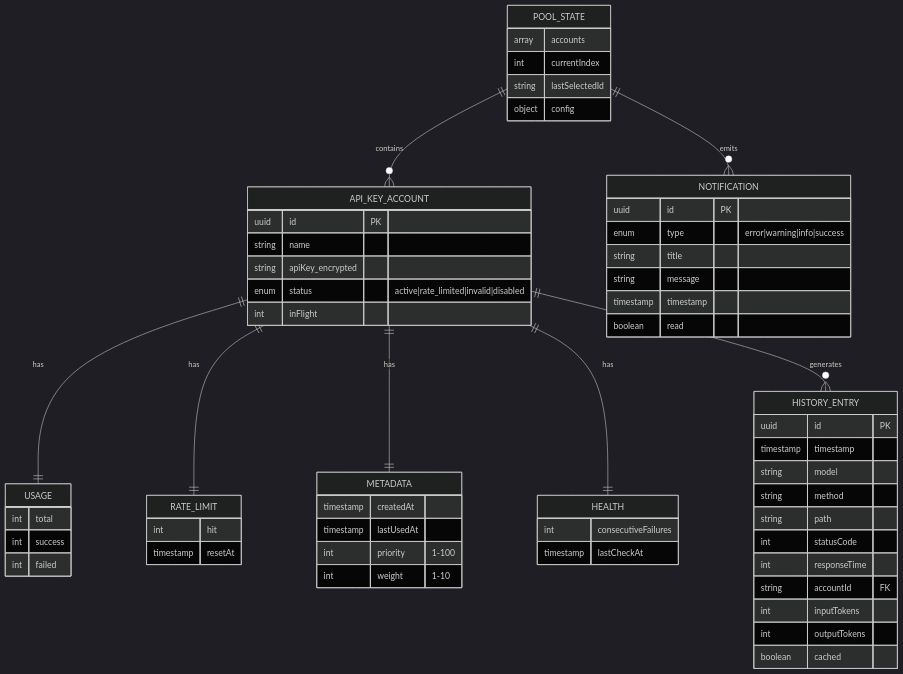
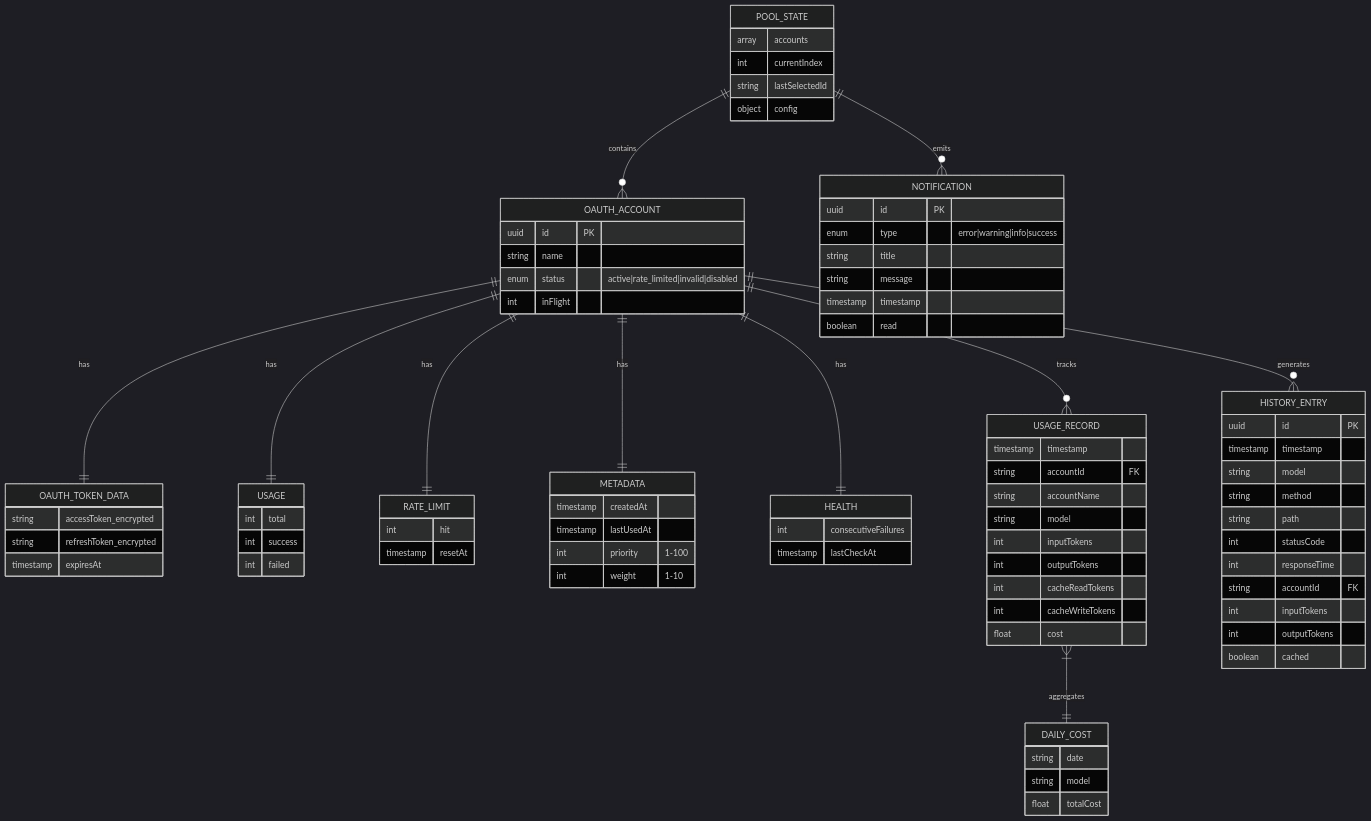
Before and after one commit to el-pablos/claude-api: the third of 3 diagrams in README.md, drawn with Mermaid (dark theme). The commit also changed other lines of this file, not shown here.

First line of the commit message:
docs: overhaul readme lengkap oauth flow, usage tracking, cost calc, windows & vps guide

````diff
--- a/README.md
+++ b/README.md
@@ -216,12 +272,17 @@
         object config
     }
 
-    API_KEY_ACCOUNT {
+    OAUTH_ACCOUNT {
         uuid id PK
         string name
-        string apiKey_encrypted
         enum status "active|rate_limited|invalid|disabled"
         int inFlight
+    }
+
+    OAUTH_TOKEN_DATA {
+        string accessToken_encrypted
+        string refreshToken_encrypted
+        timestamp expiresAt
     }
 
     USAGE {
@@ -247,6 +308,24 @@
         timestamp lastCheckAt
     }
 
+    USAGE_RECORD {
+        timestamp timestamp
+        string accountId FK
+        string accountName
+        string model
+        int inputTokens
+        int outputTokens
+        int cacheReadTokens
+        int cacheWriteTokens
+        float cost
+    }
+
+    DAILY_COST {
+        string date
+        string model
+        float totalCost
+    }
+
     HISTORY_ENTRY {
         uuid id PK
         timestamp timestamp
@@ -270,11 +349,14 @@
         boolean read
     }
 
-    POOL_STATE ||--o{ API_KEY_ACCOUNT : contains
-    API_KEY_ACCOUNT ||--|| USAGE : has
-    API_KEY_ACCOUNT ||--|| RATE_LIMIT : has
-    API_KEY_ACCOUNT ||--|| METADATA : has
-    API_KEY_ACCOUNT ||--|| HEALTH : has
-    API_KEY_ACCOUNT ||--o{ HISTORY_ENTRY : generates
+    POOL_STATE ||--o{ OAUTH_ACCOUNT : contains
+    OAUTH_ACCOUNT ||--|| OAUTH_TOKEN_DATA : has
+    OAUTH_ACCOUNT ||--|| USAGE : has
+    OAUTH_ACCOUNT ||--|| RATE_LIMIT : has
+    OAUTH_ACCOUNT ||--|| METADATA : has
+    OAUTH_ACCOUNT ||--|| HEALTH : has
+    OAUTH_ACCOUNT ||--o{ USAGE_RECORD : tracks
+    OAUTH_ACCOUNT ||--o{ HISTORY_ENTRY : generates
     POOL_STATE ||--o{ NOTIFICATION : emits
+    USAGE_RECORD }|--|| DAILY_COST : aggregates
 ```
````
